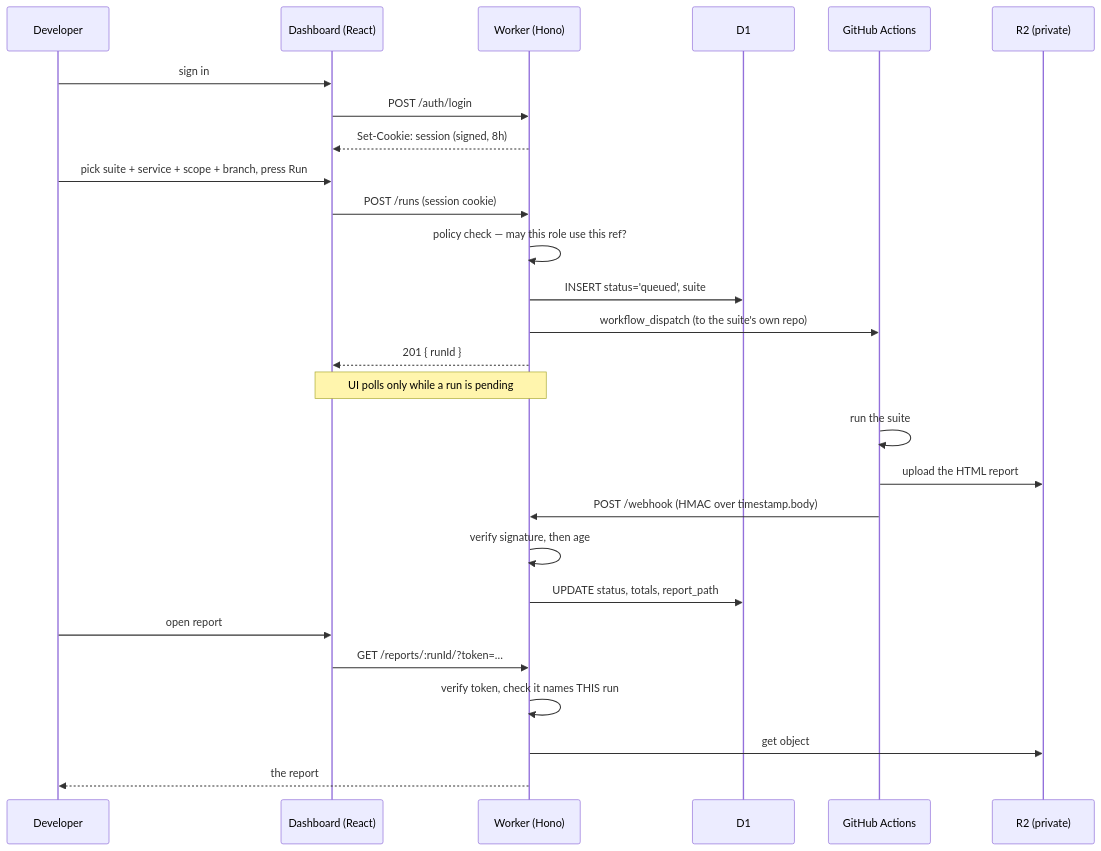
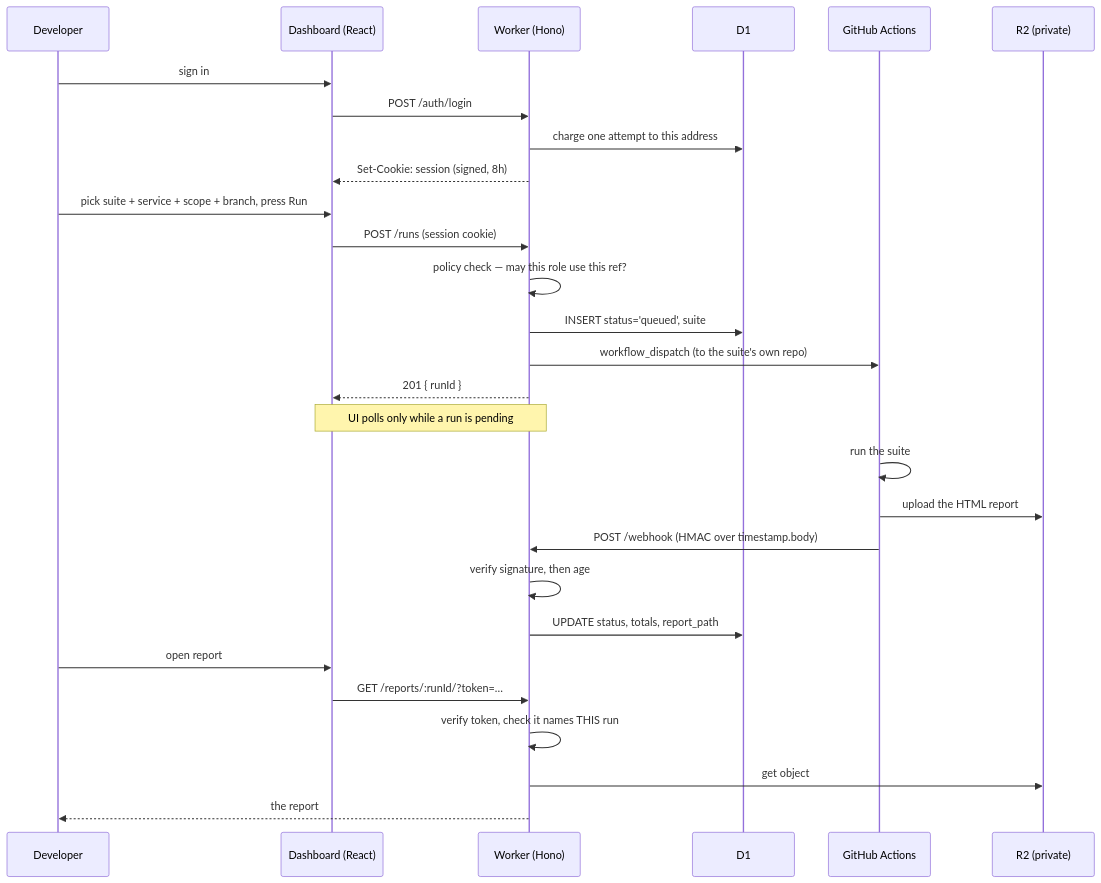
One commit to surakiartysk/playwright-run-dashboard changed the diagram in docs/architecture.md. Above: the diagram before and after it, drawn with Mermaid. The commit also changed other lines of this file and 7 other files, not shown here.

````diff
--- a/docs/architecture.md
+++ b/docs/architecture.md
@@ -8,34 +8,35 @@
 ```mermaid
 sequenceDiagram
     participant D as Developer
     participant UI as Dashboard (React)
     participant W as Worker (Hono)
     participant DB as D1
     participant GH as GitHub Actions
     participant R2 as R2 (private)
 
     D->>UI: sign in
     UI->>W: POST /auth/login
+    W->>DB: charge one attempt to this address
     W-->>UI: Set-Cookie: session (signed, 8h)
 
     D->>UI: pick suite + service + scope + branch, press Run
     UI->>W: POST /runs  (session cookie)
     W->>W: policy check — may this role use this ref?
     W->>DB: INSERT status='queued', suite
     W->>GH: workflow_dispatch (to the suite's own repo)
     W-->>UI: 201 { runId }
 
     Note over UI,W: UI polls only while a run is pending
 
     GH->>GH: run the suite
     GH->>R2: upload the HTML report
     GH->>W: POST /webhook (HMAC over timestamp.body)
     W->>W: verify signature, then age
     W->>DB: UPDATE status, totals, report_path
 
     D->>UI: open report
     UI->>W: GET /reports/:runId/?token=…
     W->>W: verify token, check it names THIS run
     W->>R2: get object
     W-->>D: the report
 ```
````
